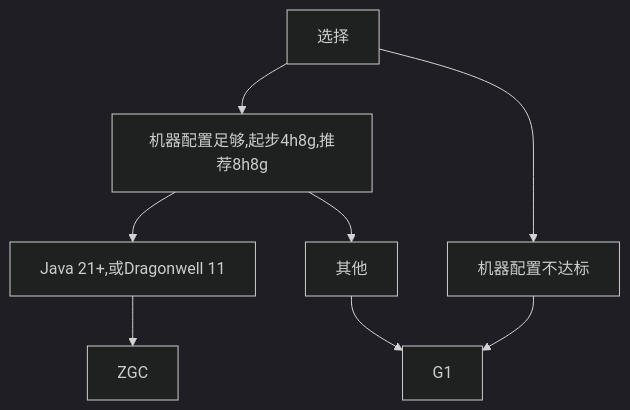
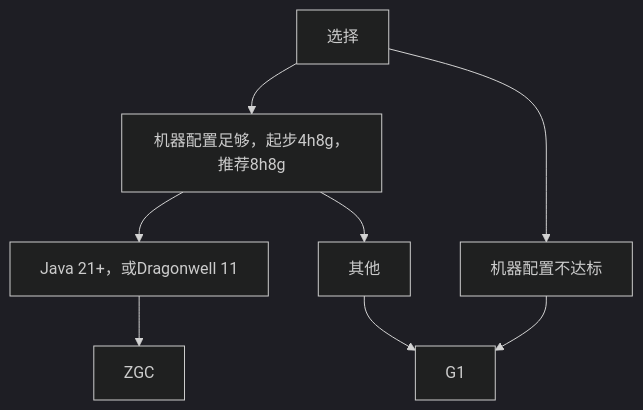
The second of 2 diagrams in docs-java/process/maintenance/optimize/jvm/jvm.md (postyizhan/NitWikit), drawn with Mermaid (dark theme) before and after one commit. The commit also changed other lines of this file and 252 other files, not shown here.

````diff
--- a/docs-java/process/maintenance/optimize/jvm/jvm.md
+++ b/docs-java/process/maintenance/optimize/jvm/jvm.md
@@ -119,11 +119,11 @@
 ```mermaid
 flowchart TD
     A[选择] 
-    A --> B[机器配置足够,起步4h8g,推荐8h8g]
+    A --> B[机器配置足够，起步4h8g，推荐8h8g]
     A --> 机器配置不达标
-    B --> C[Java 21+,或Dragonwell 11]
+    B --> C[Java 21+，或Dragonwell 11]
     B --> 其他
     C --> ZGC
     其他 --> G1
     机器配置不达标 --> G1
 ```
````
